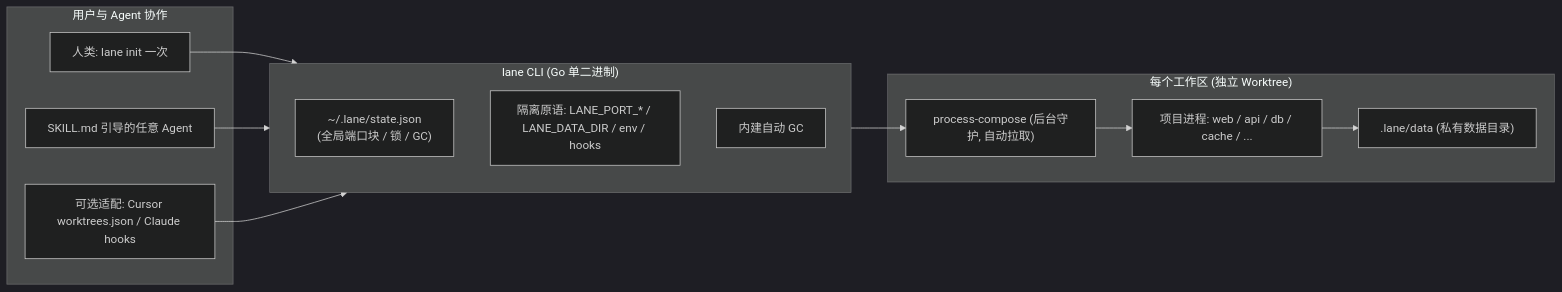
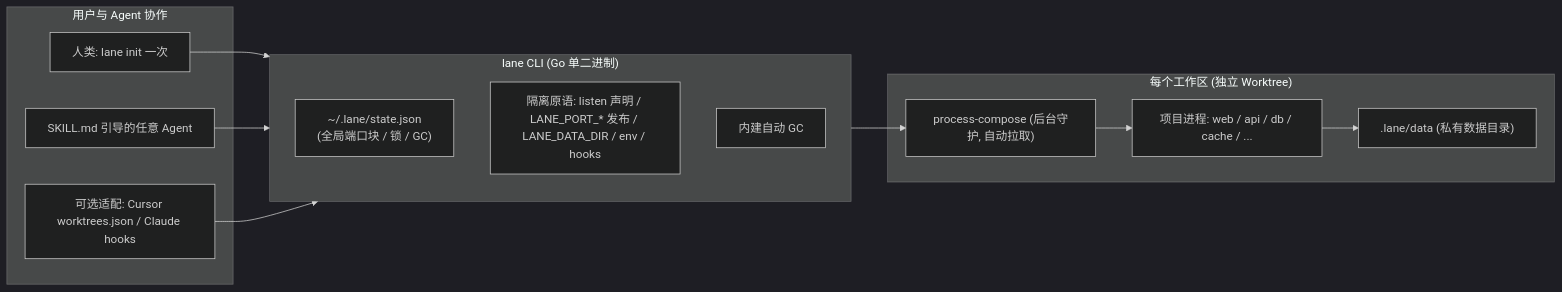
The diagram in README.md (Mrjwj34/berth), drawn with Mermaid (dark theme) before and after one commit. The commit also changed other lines of this file and 28 other files, not shown here.

````diff
--- a/README.md
+++ b/README.md
@@ -51,27 +51,27 @@
 ```mermaid
 flowchart LR
   subgraph User ["用户与 Agent 协作"]
     Human["人类: lane init 一次"]
     Skill["SKILL.md 引导的任意 Agent"]
     Harness["可选适配: Cursor worktrees.json / Claude hooks"]
   end
 
   subgraph Lane ["lane CLI (Go 单二进制)"]
     Registry["~/.lane/state.json\n(全局端口块 / 锁 / GC)"]
-    Prim["隔离原语: LANE_PORT_* / LANE_DATA_DIR / env / hooks"]
+    Prim["隔离原语: listen 声明 / LANE_PORT_* 发布 / LANE_DATA_DIR / env / hooks"]
     GC["内建自动 GC"]
   end
 
   subgraph Workspaces ["每个工作区 (独立 Worktree)"]
     PC["process-compose (后台守护, 自动拉取)"]
     Procs["项目进程: web / api / db / cache / ..."]
     Data[".lane/data (私有数据目录)"]
   end
 
   Human --> Lane
   Skill --> Lane
   Harness --> Lane
   Lane --> PC
   PC --> Procs
   Procs --> Data
 ```
````
